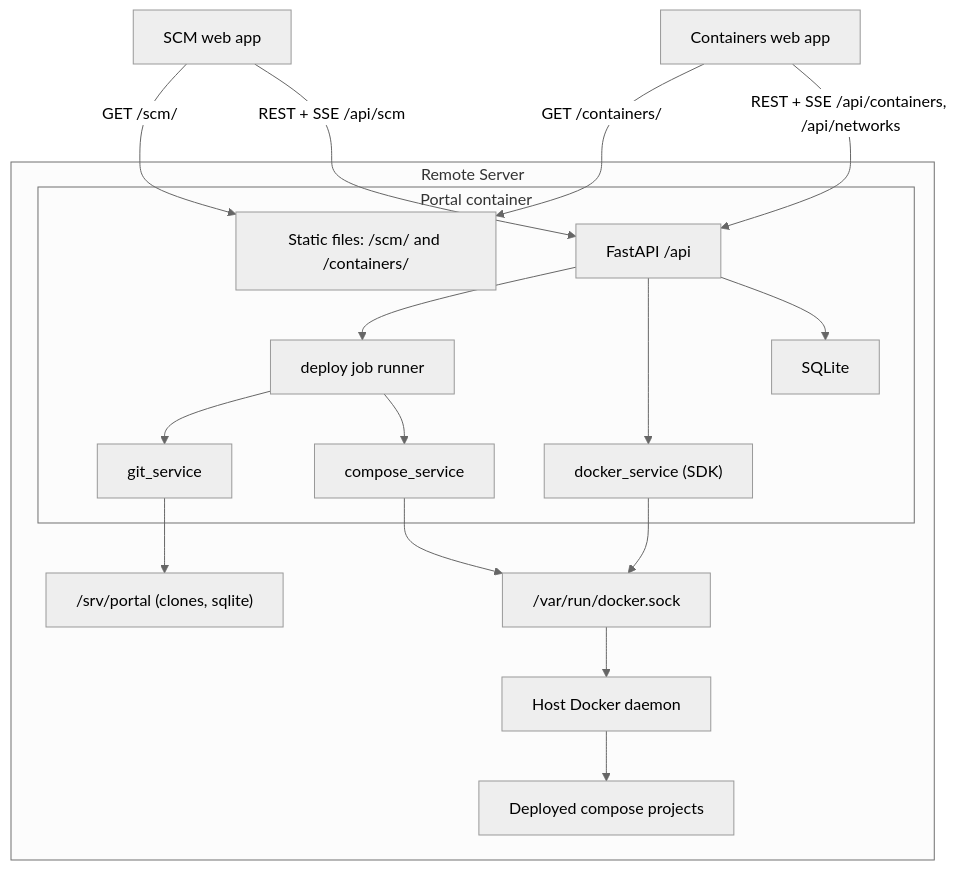
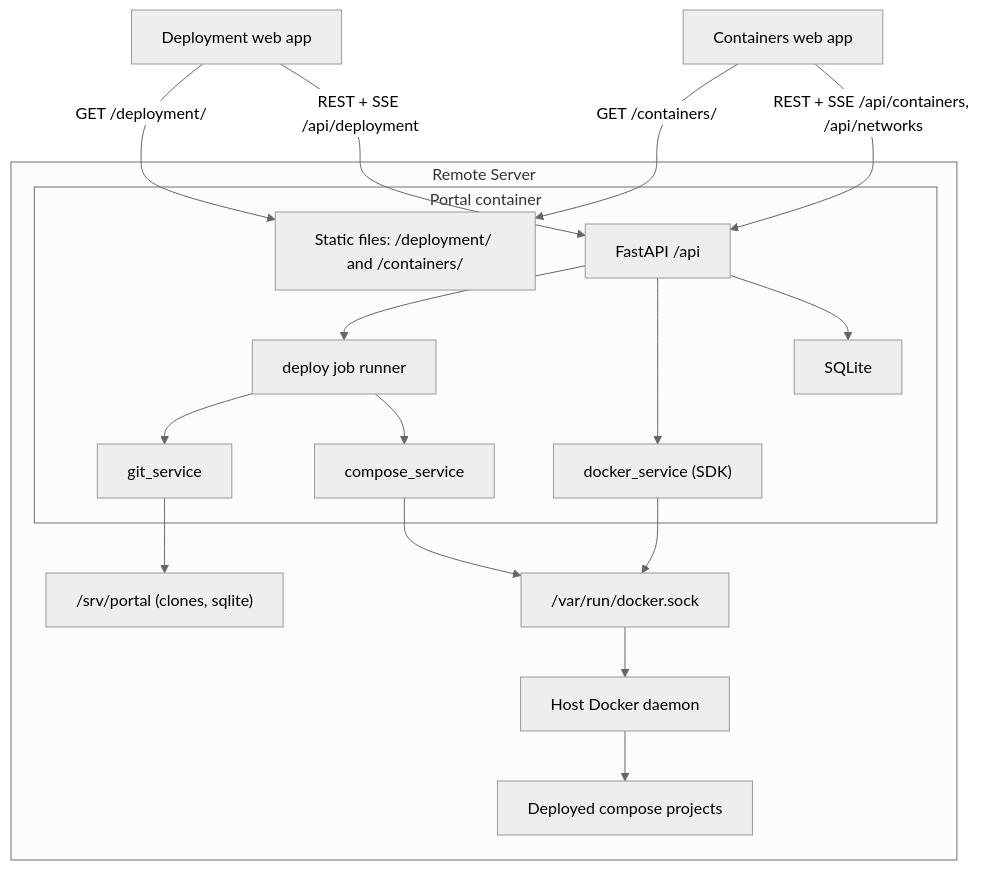
Before and after one commit to marcuspeh/docker_management: the first of 2 diagrams in docs/tech-design-backend.md, drawn with Mermaid (neutral theme). The commit also changed other lines of this file and 43 other files, not shown here.

First line of the commit message:
refactor: rename the SCM app to Deployment

````diff
--- a/docs/tech-design-backend.md
+++ b/docs/tech-design-backend.md
@@ -28,34 +28,34 @@
 ```mermaid
 flowchart TB
-    ScmApp["SCM web app"]
+    DeploymentApp["Deployment web app"]
     ContainersApp["Containers web app"]
     subgraph host [Remote Server]
         Daemon["Host Docker daemon"]
         Sock["/var/run/docker.sock"]
         HostDir["/srv/portal (clones, sqlite)"]
         subgraph portal [Portal container]
-            Static["Static files: /scm/ and /containers/"]
+            Static["Static files: /deployment/ and /containers/"]
             Api["FastAPI /api"]
             GitSvc["git_service"]
             ComposeSvc["compose_service"]
             DockerSvc["docker_service (SDK)"]
             Jobs["deploy job runner"]
             Db["SQLite"]
         end
         Apps["Deployed compose projects"]
     end
-    ScmApp -->|"GET /scm/"| Static
+    DeploymentApp -->|"GET /deployment/"| Static
     ContainersApp -->|"GET /containers/"| Static
-    ScmApp -->|"REST + SSE /api/scm"| Api
+    DeploymentApp -->|"REST + SSE /api/deployment"| Api
     ContainersApp -->|"REST + SSE /api/containers, /api/networks"| Api
     Api --> Jobs
     Jobs --> GitSvc
     Jobs --> ComposeSvc
     Api --> DockerSvc
     Api --> Db
     GitSvc --> HostDir
     ComposeSvc --> Sock
     DockerSvc --> Sock
     Sock --> Daemon
     Daemon --> Apps
 ```
````
